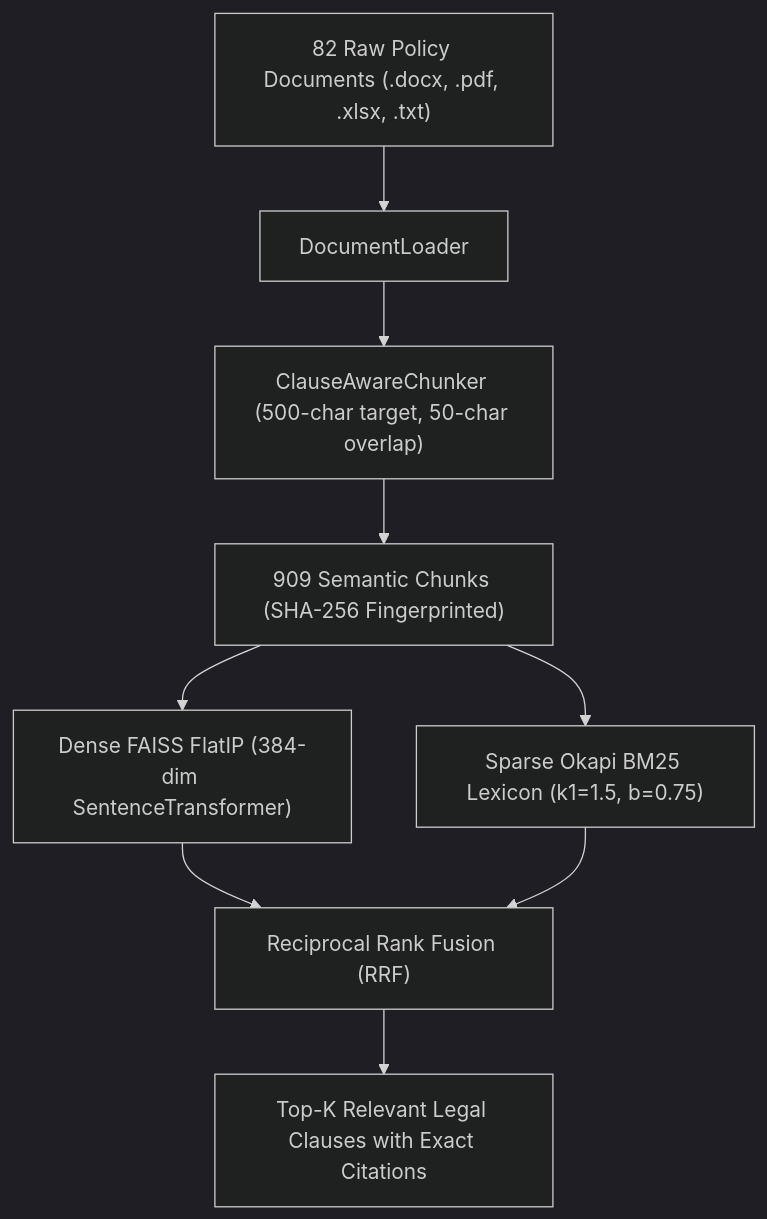
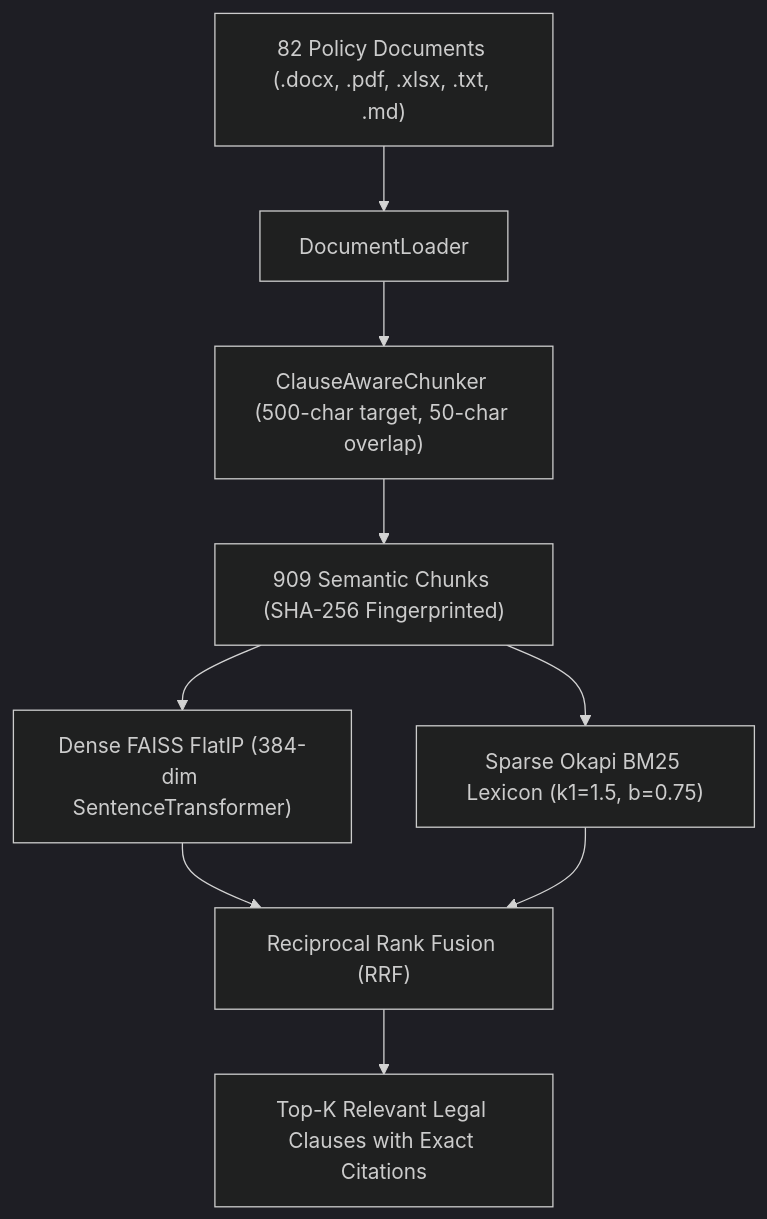
Before and after one commit to Az-har/O2C_AI: the second of 4 diagrams in O2C_AI_ENTERPRISE_ARCHITECTURE_AND_BUSINESS_GUIDE.md, drawn with Mermaid (dark theme). The commit also changed other lines of this file and 87 other files, not shown here.

Commit message:
feat: implement LangGraph multi-agent architecture, global multimodal scraper, agent tools, and update master architectural specifications

````diff
--- a/O2C_AI_ENTERPRISE_ARCHITECTURE_AND_BUSINESS_GUIDE.md
+++ b/O2C_AI_ENTERPRISE_ARCHITECTURE_AND_BUSINESS_GUIDE.md
@@ -129,14 +152,14 @@
 ```mermaid
 graph TD
-    A["82 Raw Policy Documents (.docx, .pdf, .xlsx, .txt)"] --> B["DocumentLoader"]
+    A["82 Policy Documents (.docx, .pdf, .xlsx, .txt, .md)"] --> B["DocumentLoader"]
     B --> C["ClauseAwareChunker (500-char target, 50-char overlap)"]
     C --> D["909 Semantic Chunks (SHA-256 Fingerprinted)"]
     
     D --> E1["Dense FAISS FlatIP (384-dim SentenceTransformer)"]
     D --> E2["Sparse Okapi BM25 Lexicon (k1=1.5, b=0.75)"]
     
     E1 --> F["Reciprocal Rank Fusion (RRF)"]
     E2 --> F
     
     F --> G["Top-K Relevant Legal Clauses with Exact Citations"]
 ```
````
